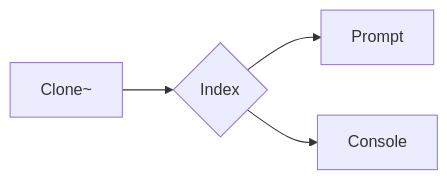
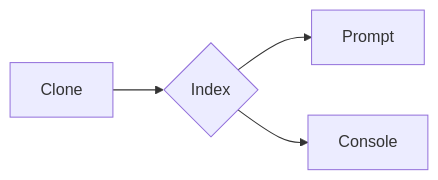
One commit to SauloCandeira/temperature-calculator changed the diagram in readme.md. Above: the diagram before and after it, drawn with Mermaid.

````diff
--- a/readme.md
+++ b/readme.md
@@ -7,8 +7,8 @@
 ```mermaid
 flowchart LR
 
-C[Clone~] --> D{Index}
+C[Clone] --> D{Index}
 D --> E[Prompt]
 D --> F[Console]
 
 ```
````
